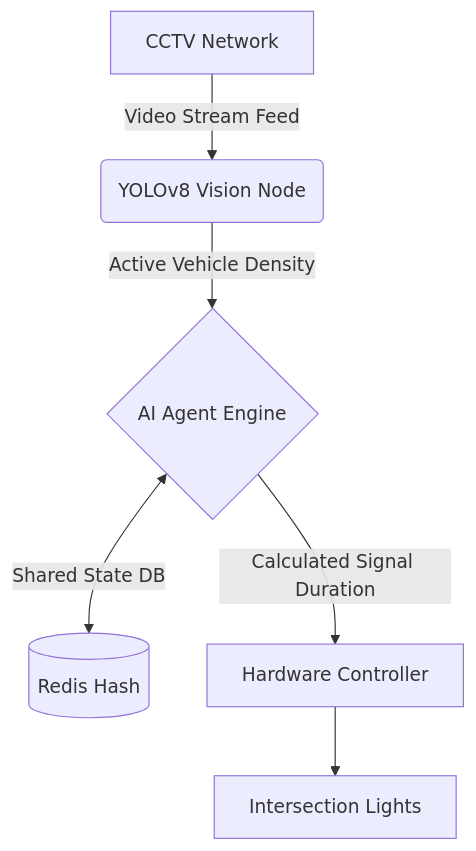
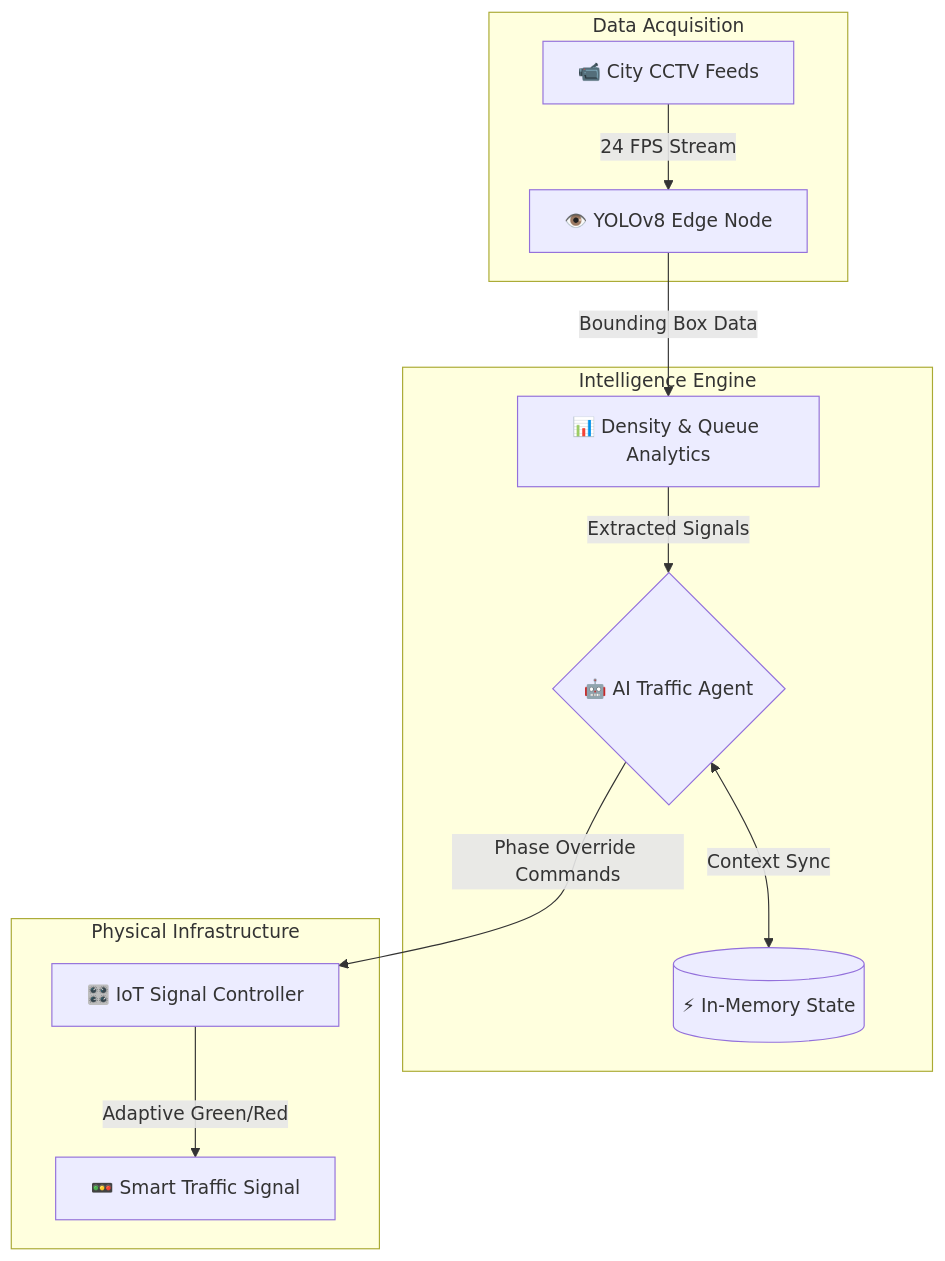
The first of 3 diagrams in README.md (vaishnavi-ctrl-jpg/SIGNAL-X), drawn with Mermaid before and after one commit. The commit also changed other lines of this file and 4 other files, not shown here.

Commit message:
chore: Update README with GCP deployment details, diagrams, and add server deployment files

````diff
--- a/README.md
+++ b/README.md
@@ -27,8 +27,20 @@
 ```mermaid
 graph TD
-    A[CCTV Network] -->|Video Stream Feed| B(YOLOv8 Vision Node)
-    B -->|Active Vehicle Density| C{AI Agent Engine}
-    C <-->|Shared State DB| D[(Redis Hash)]
-    C -->|Calculated Signal Duration| E[Hardware Controller]
-    E --> F[Intersection Lights]
+    %% Input Layer
+    subgraph Data Acquisition
+        CCTV[📹 City CCTV Feeds] -->|24 FPS Stream| YOLO[👁️ YOLOv8 Edge Node]
+    end
+
+    %% AI Processing Layer
+    subgraph Intelligence Engine
+        YOLO -->|Bounding Box Data| DensityMetrics[📊 Density & Queue Analytics]
+        DensityMetrics -->|Extracted Signals| Agent{🤖 AI Traffic Agent}
+        Agent <-->|Context Sync| Redis[(⚡ In-Memory State)]
+    end
+
+    %% Hardware Actuation
+    subgraph Physical Infrastructure
+        Agent -->|Phase Override Commands| IoT[🎛️ IoT Signal Controller]
+        IoT -->|Adaptive Green/Red| Signal[🚥 Smart Traffic Signal]
+    end
 ```
````
